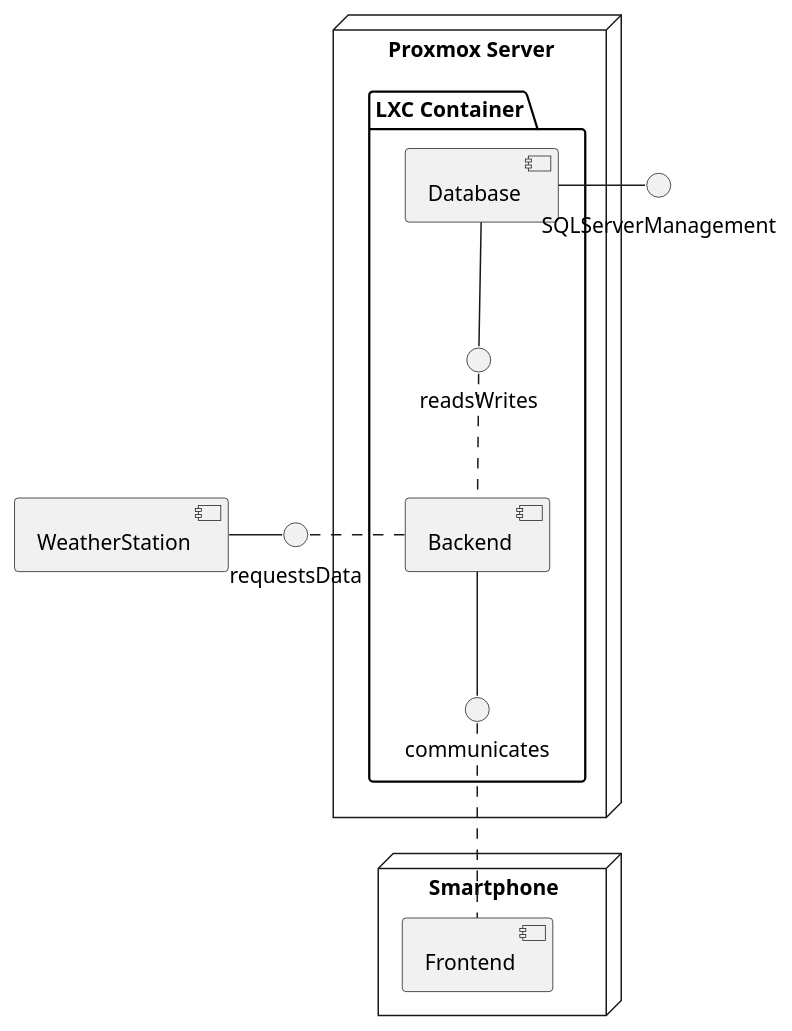
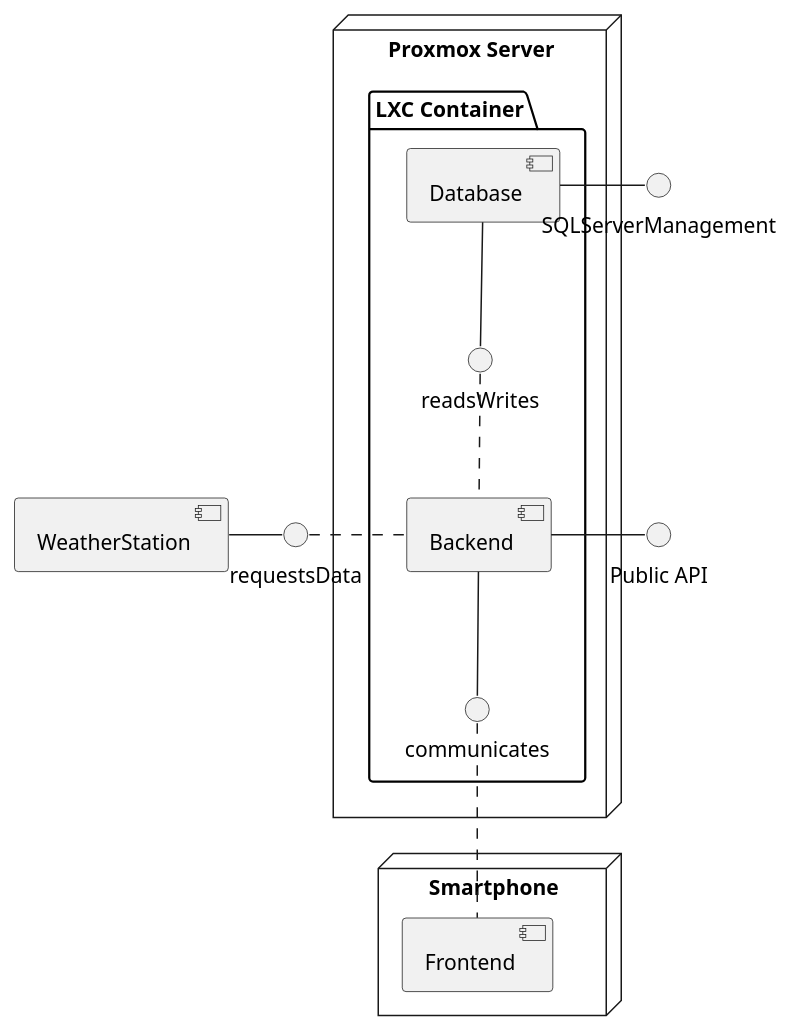
One commit to jakobkmar/E09-modellflug-logbuch changed the diagram in docs/architecture/resources/component_diagramm.puml. Above: the diagram before and after it, drawn with PlantUML.

Commit message:
committing suggested changes 2

```diff
--- a/docs/architecture/resources/component_diagramm.puml
+++ b/docs/architecture/resources/component_diagramm.puml
@@ -1,21 +1,22 @@
 @startuml component_diagramm
 
 node "Proxmox Server" {
     package "LXC Container" {
         readsWrites -u- [Database]
         communicates -u- [Backend]
     }
 }
 
 node "Smartphone" {
     [Frontend]
 }
 
 requestsData -l- [WeatherStation]
 
 
 Backend .l. requestsData
 Backend .u. readsWrites
+"Public API" -r- Backend
 Frontend .u. communicates
 SQLServerManagement -r- Database
 @enduml
```
